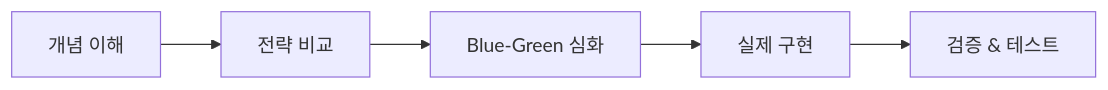
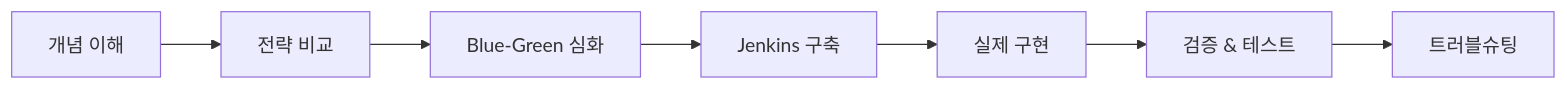
The first of 2 diagrams in docs/zero-downtime-deployment/README.md (ParkHyeonBeom/ci-cd-study), drawn with Mermaid before and after one commit. The commit also changed other lines of this file and 4 other files, not shown here.

````diff
--- a/docs/zero-downtime-deployment/README.md
+++ b/docs/zero-downtime-deployment/README.md
@@ -26,7 +31,9 @@
 ```mermaid
 flowchart LR
     A[개념 이해] --> B[전략 비교]
     B --> C[Blue-Green 심화]
-    C --> D[실제 구현]
-    D --> E[검증 & 테스트]
+    C --> D[Jenkins 구축]
+    D --> E[실제 구현]
+    E --> F[검증 & 테스트]
+    F --> G[트러블슈팅]
 ```
````
